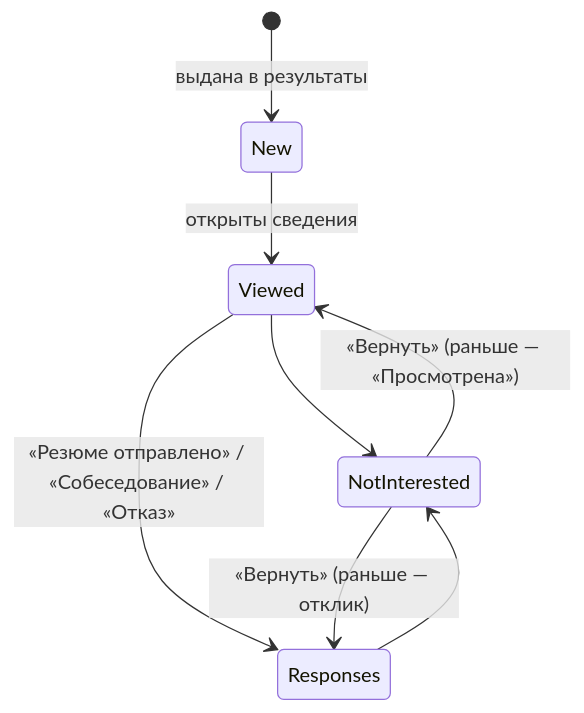
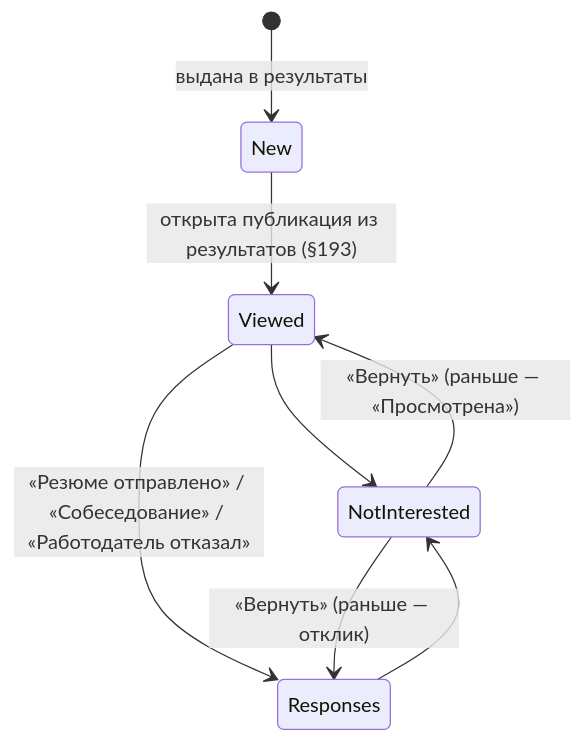
The third of 4 diagrams in docs/technical-design.md (NikitaZhar/roleorienta), drawn with Mermaid before and after one commit. The commit also changed other lines of this file and 19 other files, not shown here.

````diff
--- a/docs/technical-design.md
+++ b/docs/technical-design.md
@@ -873,10 +873,10 @@
 ```mermaid
 stateDiagram-v2
     [*] --> New: выдана в результаты
-    New --> Viewed: открыты сведения
+    New --> Viewed: открыта публикация из результатов (§193)
     Viewed --> NotInterested
-    Viewed --> Responses: «Резюме отправлено» / «Собеседование» / «Отказ»
+    Viewed --> Responses: «Резюме отправлено» / «Собеседование» / «Работодатель отказал»
     Responses --> NotInterested
     NotInterested --> Viewed: «Вернуть» (раньше — «Просмотрена»)
     NotInterested --> Responses: «Вернуть» (раньше — отклик)
 ```
````
